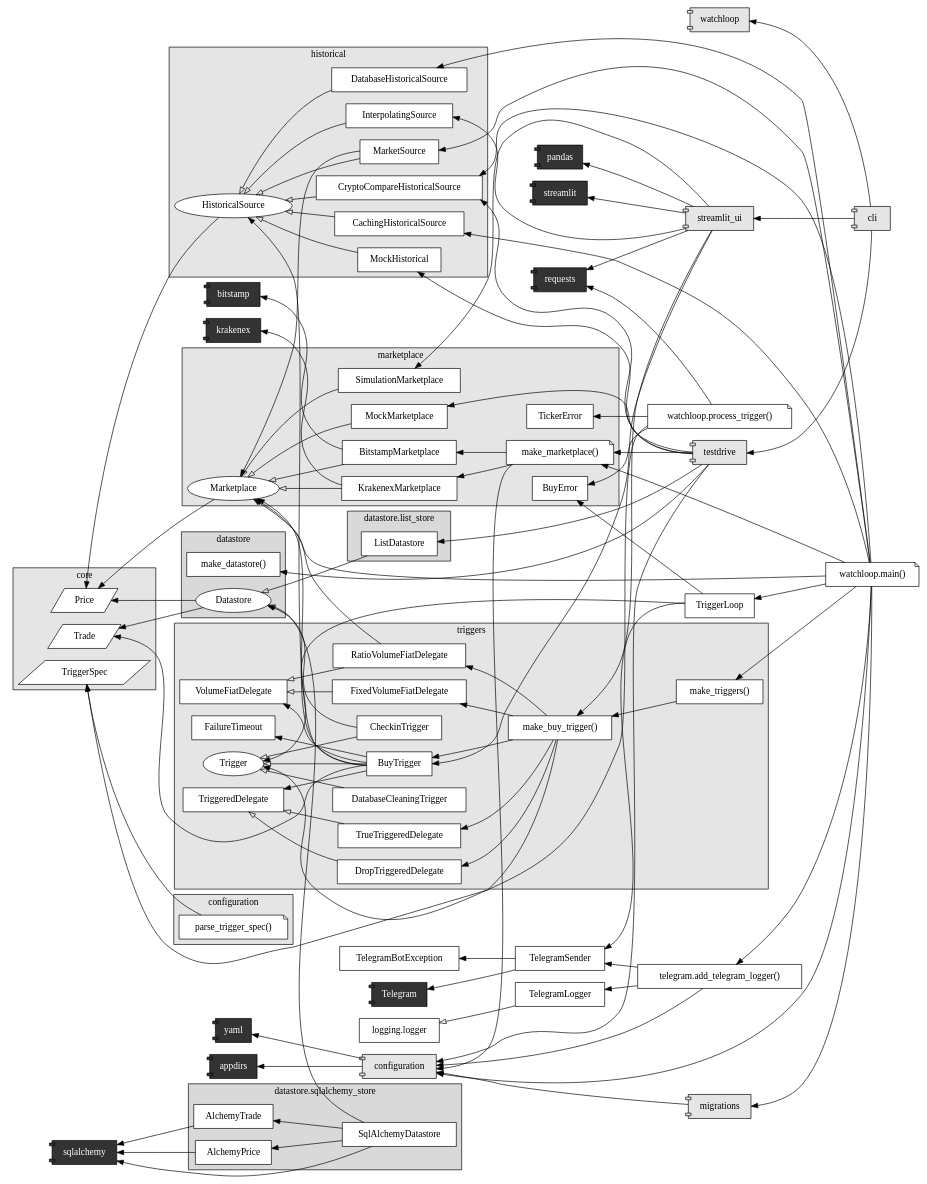
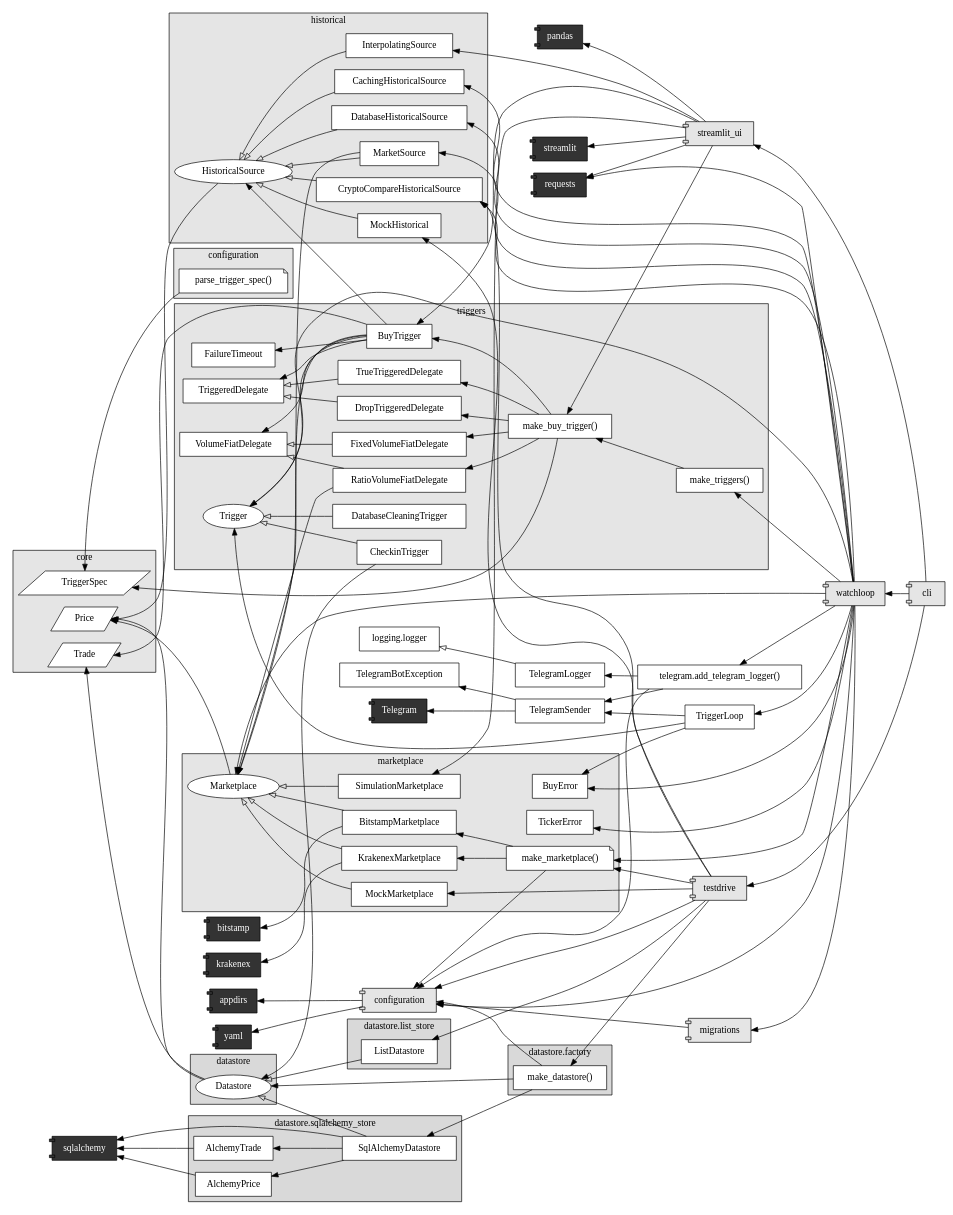
Before and after one commit to martin-ueding/vigilant-crypto-snatch: the diagram in docs/dev/graphs/architecture.dot, drawn with Graphviz. The commit also changed 11 other files, not shown here.

```diff
--- a/docs/dev/graphs/architecture.dot
+++ b/docs/dev/graphs/architecture.dot
@@ -52,6 +52,12 @@
 fillcolor = gray85
 style=filled
 "Datastore" [shape=ellipse]
+}
+
+subgraph cluster_datastore_factory {
+label = "datastore.factory"
+fillcolor = gray85
+style=filled
 "make_datastore()" [shape=box]
 }
 
@@ -141,13 +147,6 @@
 }
 
 
-{
-node [shape=note]
-"watchloop.process_trigger()"
-"watchloop.main()"
-}
-
-
 "testdrive" -> "configuration"
 "testdrive" -> "make_marketplace()"
 "testdrive" -> "make_datastore()"
@@ -228,20 +227,23 @@
 "TriggerLoop" -> "TelegramSender"
 "TriggerLoop" -> "Trigger"
 "TrueTriggeredDelegate" -> "TriggeredDelegate" [arrowhead=onormal]
-"watchloop.main()" -> "CachingHistoricalSource"
-"watchloop.main()" -> "configuration"
-"watchloop.main()" -> "CryptoCompareHistoricalSource"
-"watchloop.main()" -> "DatabaseHistoricalSource"
-"watchloop.main()" -> "make_marketplace()"
-"watchloop.main()" -> "make_triggers()"
-"watchloop.main()" -> "Marketplace"
-"watchloop.main()" -> "MarketSource"
-"watchloop.main()" -> "migrations"
-"watchloop.main()" -> "telegram.add_telegram_logger()"
-"watchloop.main()" -> "TriggerLoop"
-"watchloop.process_trigger()" -> "BuyError"
-"watchloop.process_trigger()" -> "requests"
-"watchloop.process_trigger()" -> "TickerError"
-"watchloop.process_trigger()" -> "Trigger"
+"watchloop" -> "CachingHistoricalSource"
+"watchloop" -> "configuration"
+"watchloop" -> "CryptoCompareHistoricalSource"
+"watchloop" -> "DatabaseHistoricalSource"
+"watchloop" -> "make_marketplace()"
+"watchloop" -> "make_triggers()"
+"watchloop" -> "Marketplace"
+"watchloop" -> "MarketSource"
+"watchloop" -> "migrations"
+"watchloop" -> "telegram.add_telegram_logger()"
+"watchloop" -> "TriggerLoop"
+"watchloop" -> "BuyError"
+"watchloop" -> "requests"
+"watchloop" -> "TickerError"
+"watchloop" -> "Trigger"
+"make_datastore()" -> "SqlAlchemyDatastore"
+"make_datastore()" -> "Datastore"
+"make_datastore()" -> "configuration"
 
 } 
```
